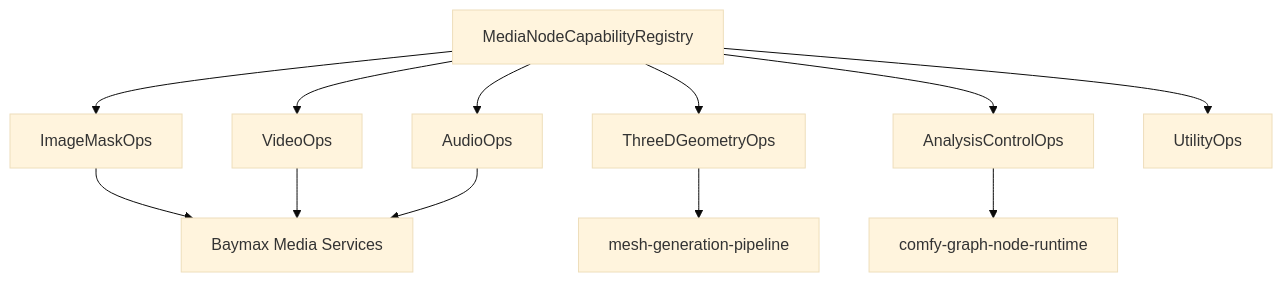
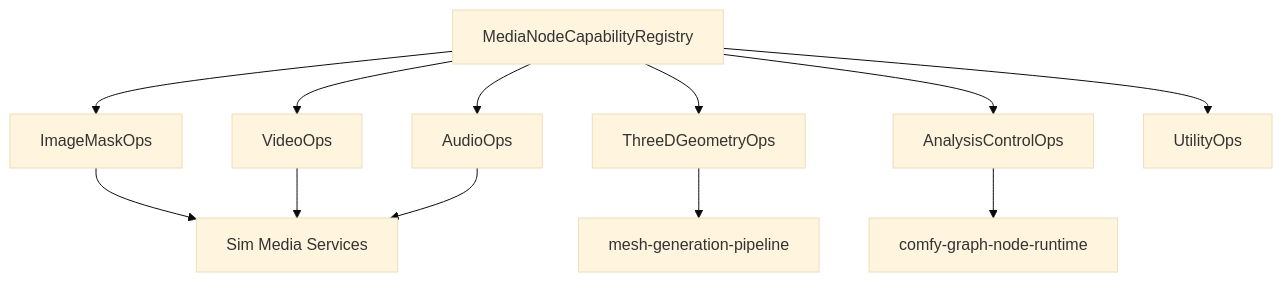
The diagram in .agents/specs/godot-migration/comfy-media-node-pipelines/design.md (imagineerings/xor), drawn with Mermaid (base theme) before and after one commit. The commit also changed other lines of this file and 1952 other files, not shown here.

Commit message:
chore: rename from baymax to sim (#61)

````diff
--- a/.agents/specs/godot-migration/comfy-media-node-pipelines/design.md
+++ b/.agents/specs/godot-migration/comfy-media-node-pipelines/design.md
@@ -9,14 +9,14 @@
 ```mermaid
 flowchart TD
     Registry[MediaNodeCapabilityRegistry] --> Images[ImageMaskOps]
     Registry --> Video[VideoOps]
     Registry --> Audio[AudioOps]
     Registry --> ThreeD[ThreeDGeometryOps]
     Registry --> Analysis[AnalysisControlOps]
     Registry --> Utilities[UtilityOps]
-    Images --> Media[Baymax Media Services]
+    Images --> Media[Sim Media Services]
     Video --> Media
     Audio --> Media
     ThreeD --> Mesh[mesh-generation-pipeline]
     Analysis --> Graph[comfy-graph-node-runtime]
 ```
````
